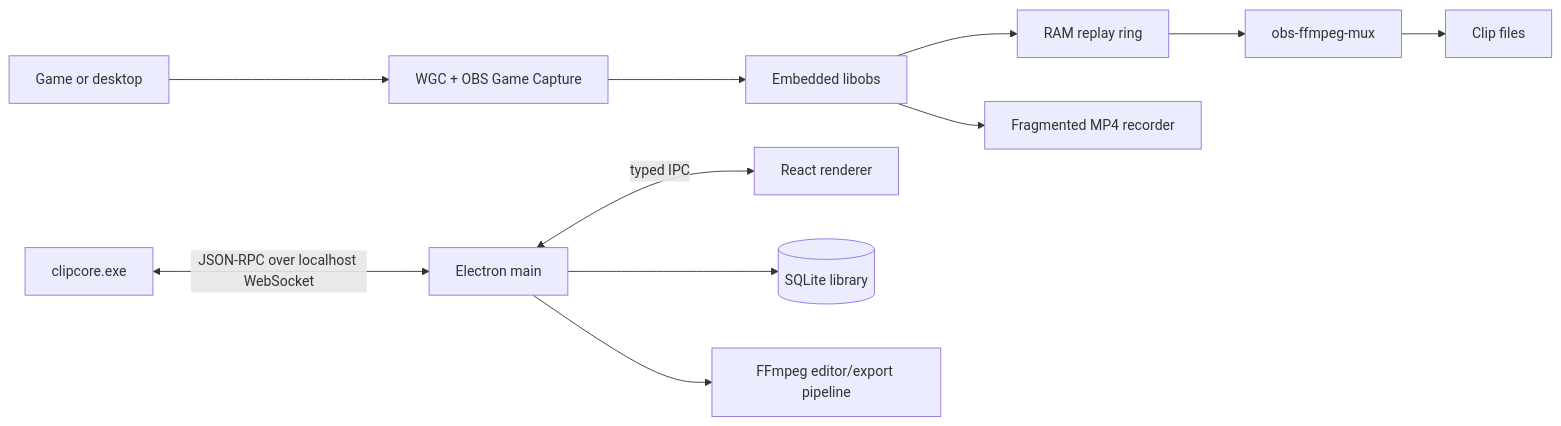
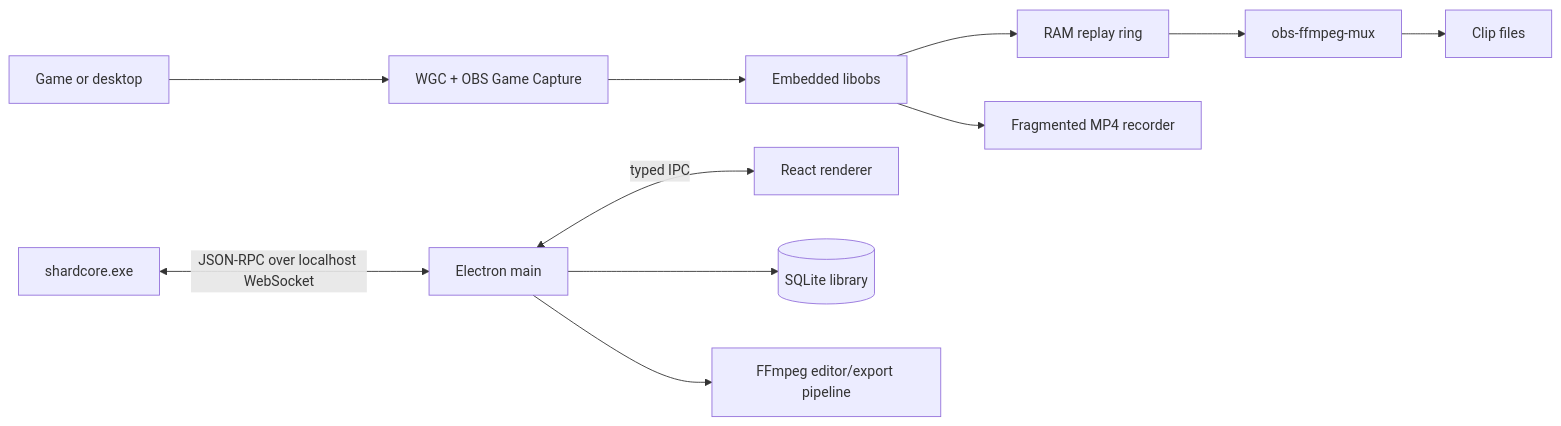
One commit to Peppxrr/Shard changed the diagram in README.md. Above: the diagram before and after it, drawn with Mermaid. The commit also changed other lines of this file and 129 other files, not shown here.

````diff
--- a/README.md
+++ b/README.md
@@ -24,13 +27,13 @@
 ```mermaid
 flowchart LR
     Game[Game or desktop] --> Capture[WGC + OBS Game Capture]
     Capture --> OBS[Embedded libobs]
     OBS --> Ring[RAM replay ring]
     OBS --> Recorder[Fragmented MP4 recorder]
     Ring --> Mux[obs-ffmpeg-mux]
     Mux --> Clips[Clip files]
-    Core[clipcore.exe] <-->|JSON-RPC over localhost WebSocket| Main[Electron main]
+    Core[shardcore.exe] <-->|JSON-RPC over localhost WebSocket| Main[Electron main]
     Main <-->|typed IPC| UI[React renderer]
     Main --> Library[(SQLite library)]
     Main --> Export[FFmpeg editor/export pipeline]
 ```
````
